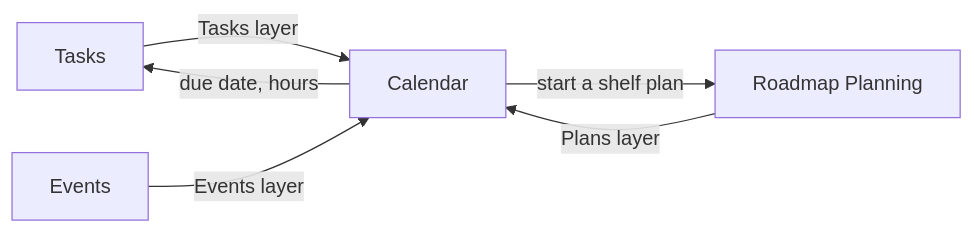
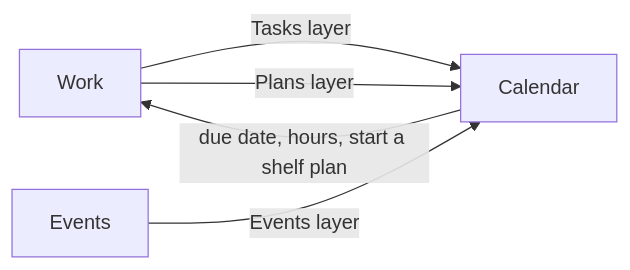
One commit to JSdotNet/Backlog changed the diagram in .devbook/domain/calendar/context.md. Above: the diagram before and after it, drawn with Mermaid. The commit also changed other lines of this file and 171 other files, not shown here.

First line of the commit message:
docs(devbook): merge Tasks and Roadmap Planning into Work under ADR 0073

````diff
--- a/.devbook/domain/calendar/context.md
+++ b/.devbook/domain/calendar/context.md
@@ -30,8 +30,7 @@
 ```mermaid
 flowchart LR
-    Tasks -->|Tasks layer| Calendar
-    Roadmap["Roadmap Planning"] -->|Plans layer| Calendar
+    Work -->|Tasks layer| Calendar
+    Work -->|Plans layer| Calendar
     Events -->|Events layer| Calendar
-    Calendar -->|"due date, hours"| Tasks
-    Calendar -->|"start a shelf plan"| Roadmap
+    Calendar -->|"due date, hours, start a shelf plan"| Work
 ```
````
